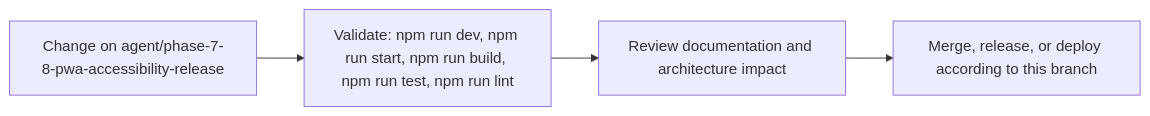
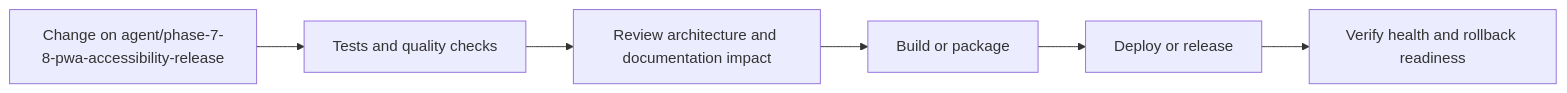
The fifth of 6 diagrams in README.md (Nischhalsubba/BindForge-NW), drawn with Mermaid before and after one commit. The commit also changed other lines of this file, not shown here.

````diff
--- a/README.md
+++ b/README.md
@@ -88,8 +184,8 @@
 ```mermaid
 flowchart LR
-    CHANGE["Change on agent/phase-7-8-pwa-accessibility-release"]
-    CHECK["Validate: npm run dev, npm run start, npm run build, npm run test, npm run lint"]
-    REVIEW["Review documentation and architecture impact"]
-    RELEASE["Merge, release, or deploy according to this branch"]
-    CHANGE --> CHECK --> REVIEW --> RELEASE
+    CHANGE["Change on agent/phase-7-8-pwa-accessibility-release"] --> CHECK["Tests and quality checks"]
+    CHECK --> REVIEW["Review architecture and documentation impact"]
+    REVIEW --> BUILD["Build or package"]
+    BUILD --> DEPLOY["Deploy or release"]
+    DEPLOY --> VERIFY["Verify health and rollback readiness"]
 ```
````
